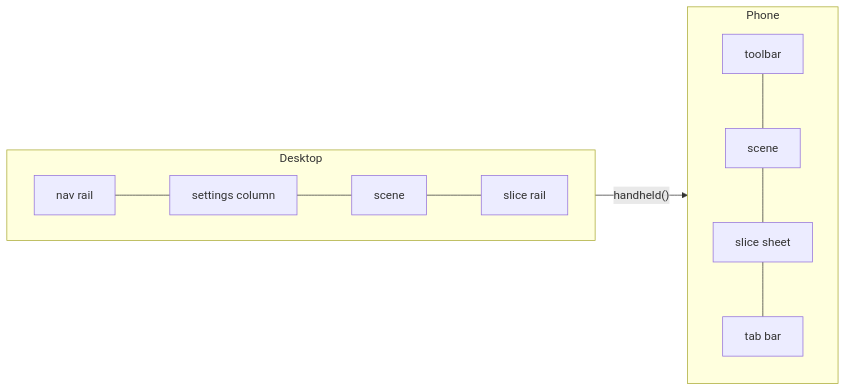
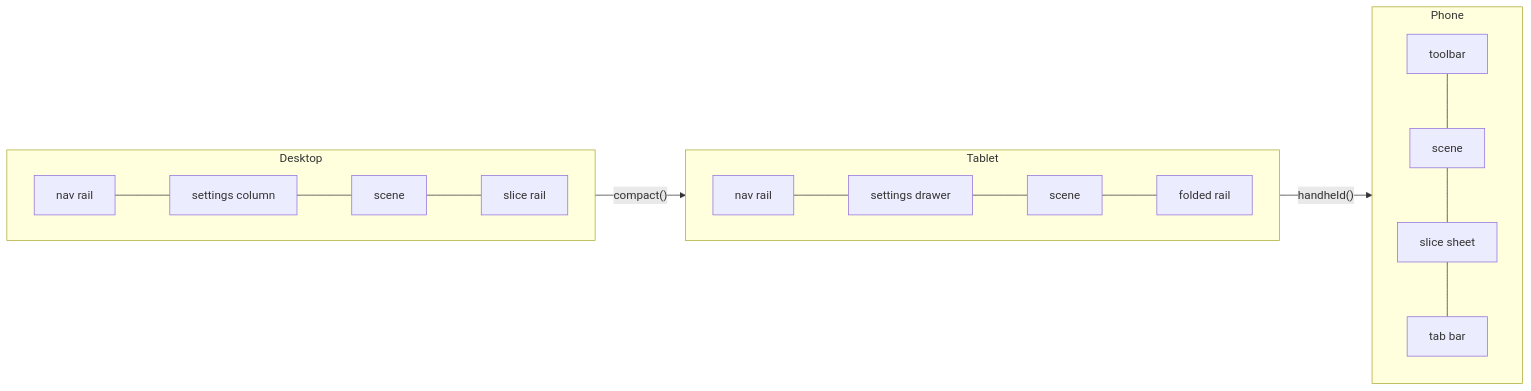
Before and after one commit to ColdCrabby/slicer: the third of 6 diagrams in ui/README.md, drawn with Mermaid. The commit also changed other lines of this file and 24 other files, not shown here.

````diff
--- a/ui/README.md
+++ b/ui/README.md
@@ -151,12 +164,17 @@
 ```mermaid
 flowchart LR
     subgraph D["Desktop"]
       direction LR
       dr[nav rail] --- ds[settings column] --- dsc[scene] --- drc[slice rail]
     end
+    subgraph T["Tablet"]
+      direction LR
+      tr[nav rail] --- ts[settings drawer] --- tsc[scene] --- trc[folded rail]
+    end
     subgraph P["Phone"]
       direction TB
       pt[toolbar] --- psc[scene] --- prc[slice sheet] --- pn[tab bar]
     end
-    D -->|"handheld()"| P
+    D -->|"compact()"| T
+    T -->|"handheld()"| P
 ```
````
